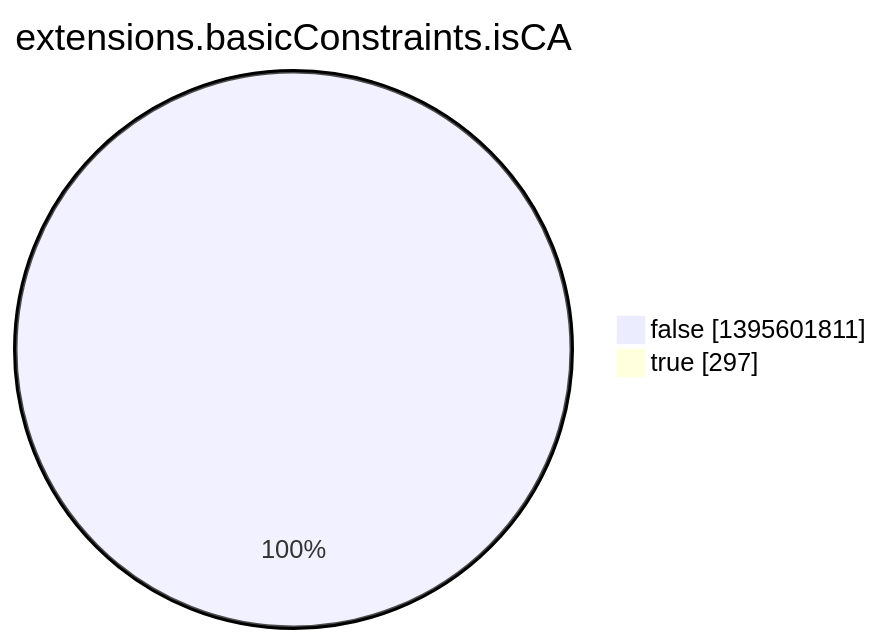
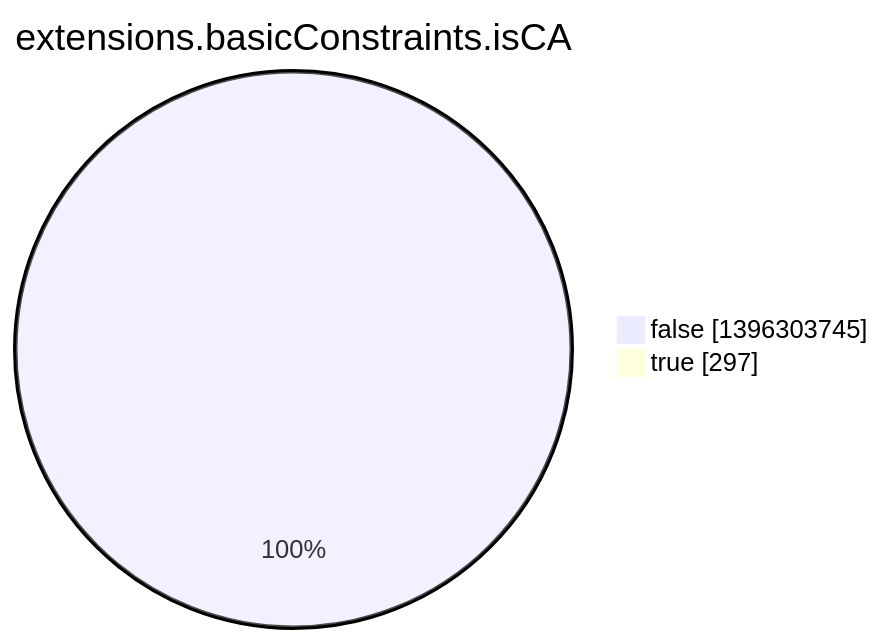
One commit to christiankrug/ctmonitor_visualization changed the eighth of 15 diagrams in argon2022/README.md. Above: the diagram before and after it, drawn with Mermaid. The commit also changed other lines of this file, not shown here.

````diff
--- a/argon2022/README.md
+++ b/argon2022/README.md
@@ -2759,6 +2759,6 @@
 ```mermaid
 pie showData
 title extensions.basicConstraints.isCA
-"false" :1395601811
+"false" :1396303745
 "true" :297
 ```
````
